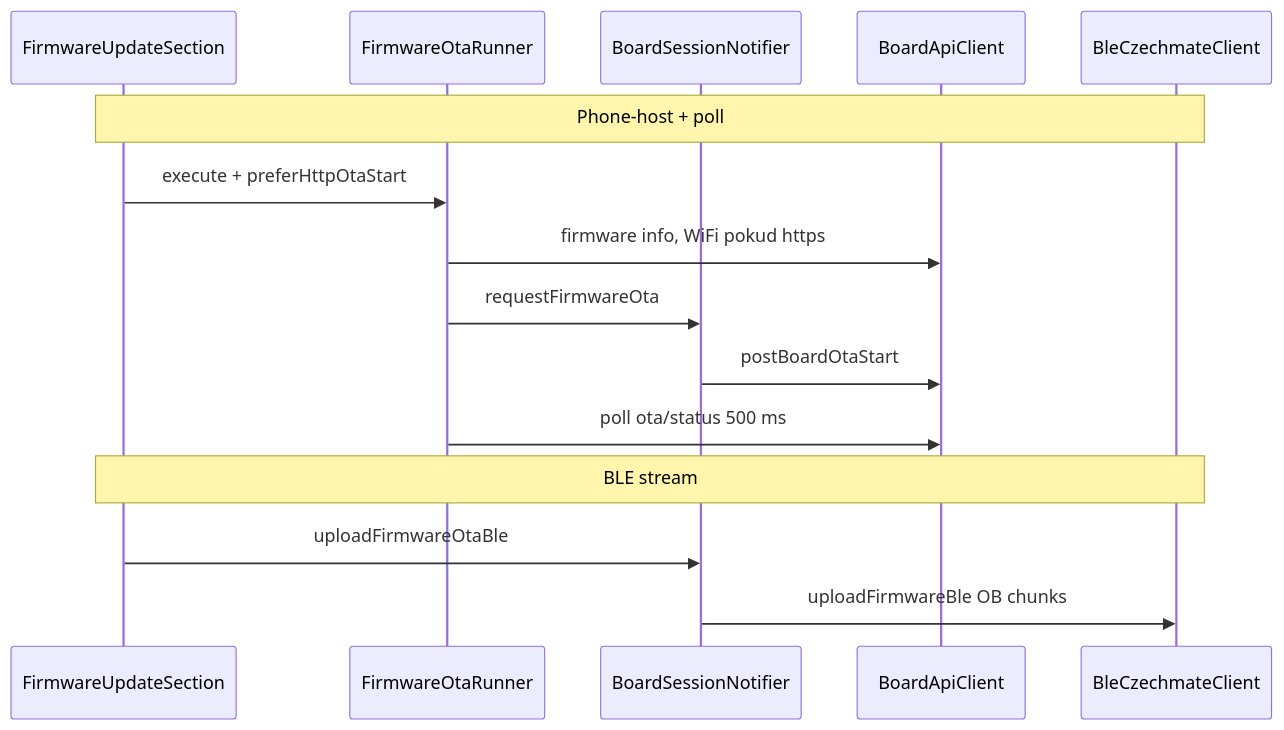
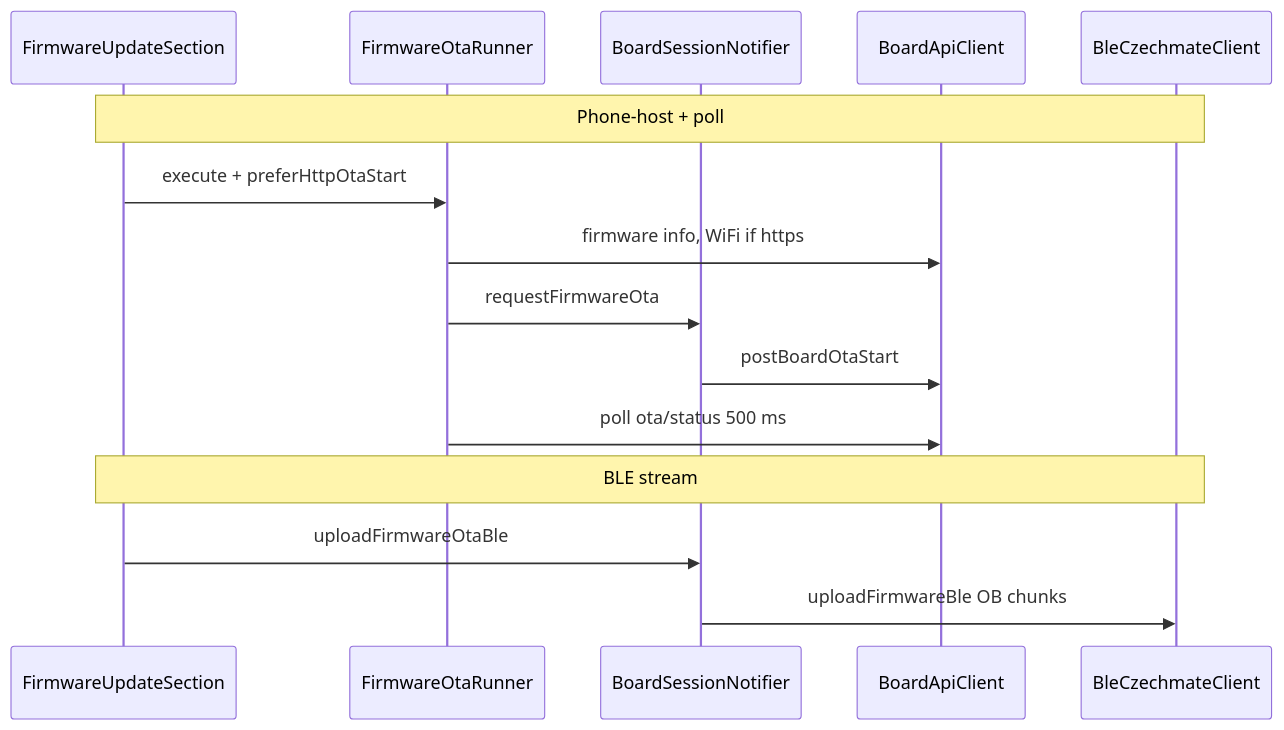
Before and after one commit to AlfredKrutina/chess_esp32_c6_devkit: the first of 2 diagrams in docs/ota_architecture.md, drawn with Mermaid. The commit also changed other lines of this file and 372 other files, not shown here.

````diff
--- a/docs/ota_architecture.md
+++ b/docs/ota_architecture.md
@@ -133,19 +133,19 @@
 ```mermaid
 sequenceDiagram
   participant UI as FirmwareUpdateSection
   participant Runner as FirmwareOtaRunner
   participant Sess as BoardSessionNotifier
   participant API as BoardApiClient
   participant BLE as BleCzechmateClient
 
   Note over UI,BLE: Phone-host + poll
   UI->>Runner: execute + preferHttpOtaStart
-  Runner->>API: firmware info, WiFi pokud https
+  Runner->>API: firmware info, WiFi if https
   Runner->>Sess: requestFirmwareOta
   Sess->>API: postBoardOtaStart
   Runner->>API: poll ota/status 500 ms
 
   Note over UI,BLE: BLE stream
   UI->>Sess: uploadFirmwareOtaBle
   Sess->>BLE: uploadFirmwareBle OB chunks
 ```
````
